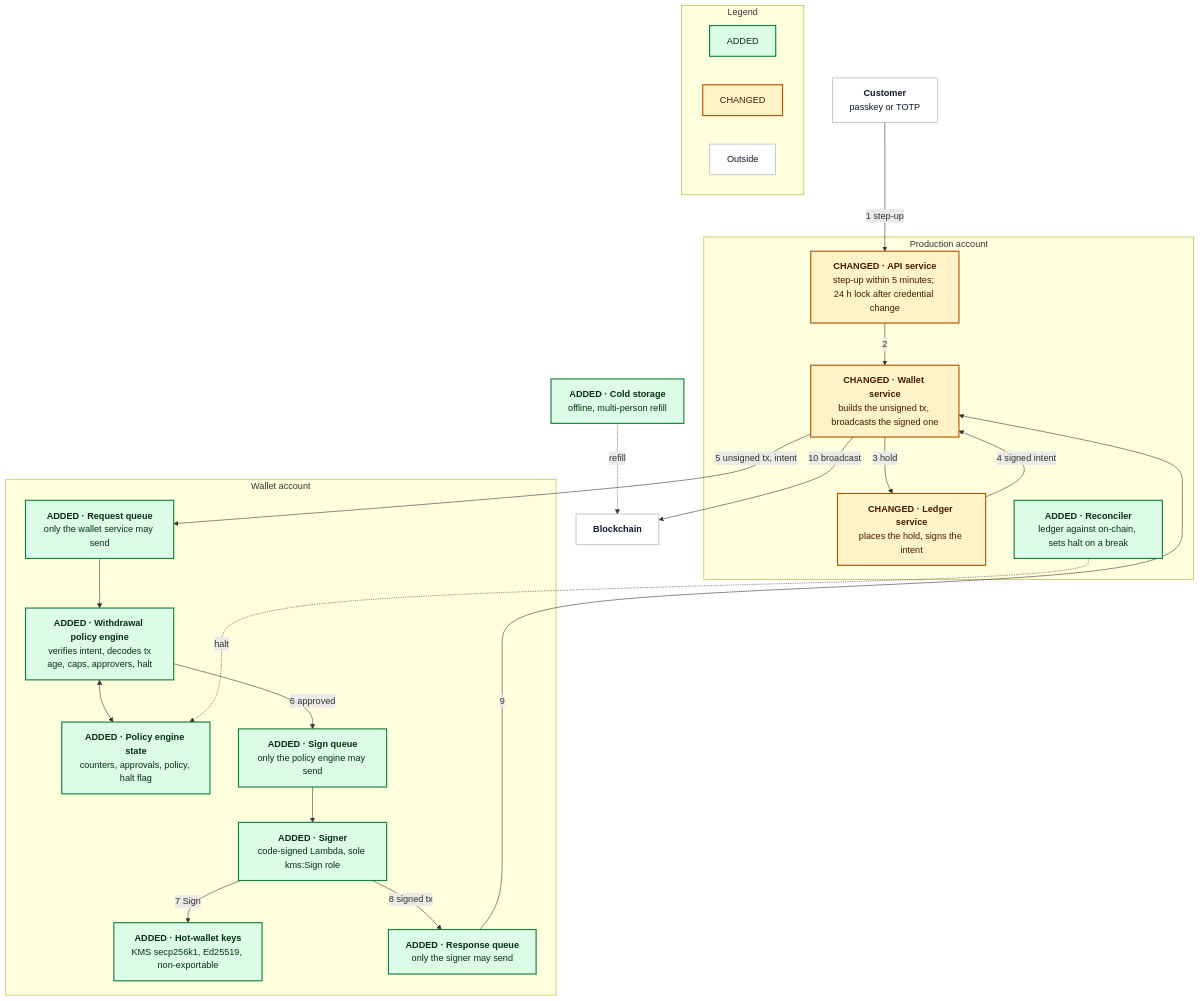
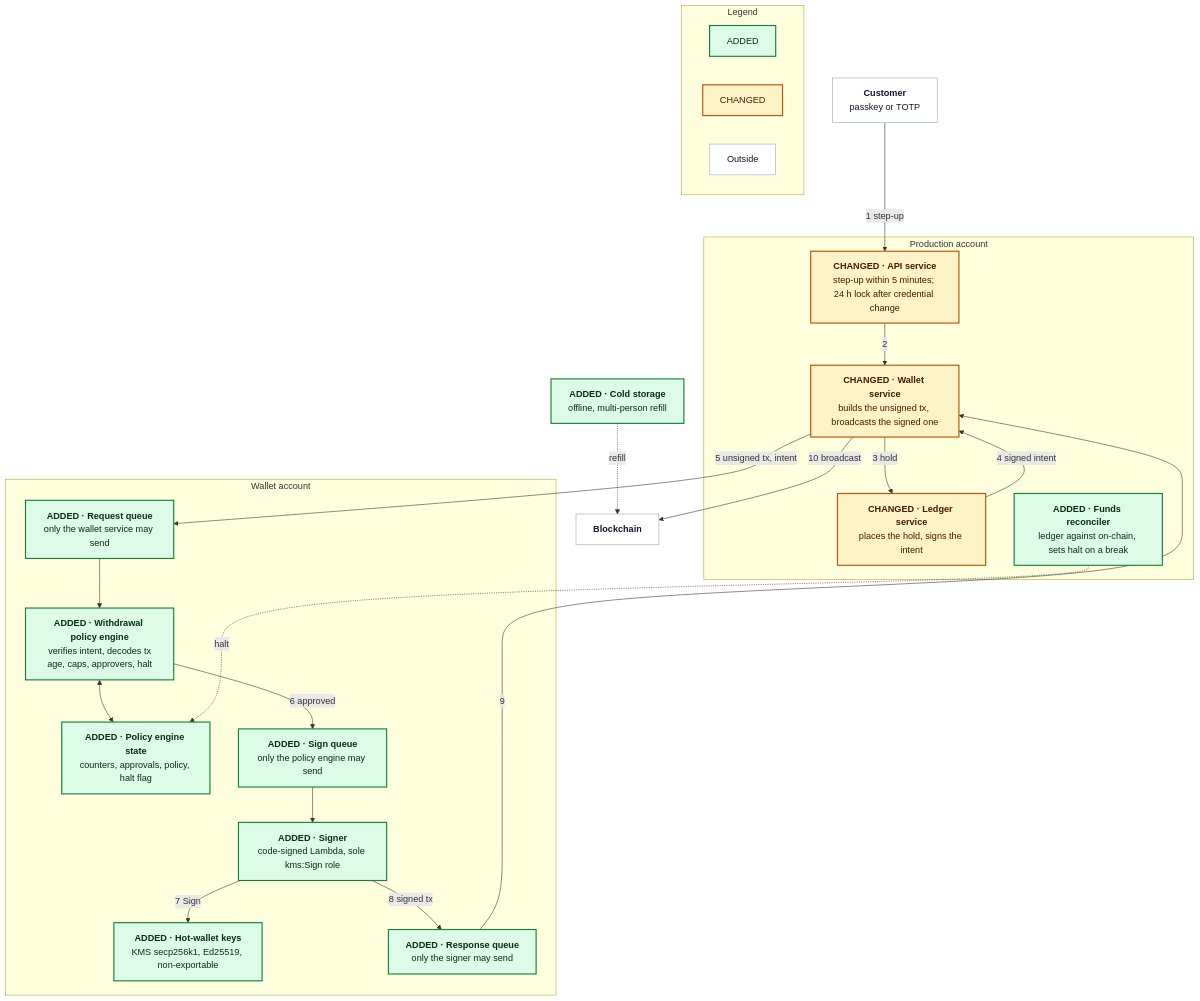
The second of 3 diagrams in src/problem5/SOLUTION.md (ndmquan-git/devops-challenge-ndmquan), drawn with Mermaid before and after one commit. The commit also changed other lines of this file and 23 other files, not shown here.

````diff
--- a/src/problem5/SOLUTION.md
+++ b/src/problem5/SOLUTION.md
@@ -231,65 +241,65 @@
 ```mermaid
 flowchart TB
   classDef added fill:#dcfce7,stroke:#15803d,stroke-width:2px,color:#052e16
   classDef changed fill:#fef3c7,stroke:#b45309,stroke-width:2px,color:#451a03
   classDef external fill:#ffffff,stroke:#94a3b8,color:#0f172a
 
   user["`**Customer**
 passkey or TOTP`"]:::external
 
   subgraph prod["Production account"]
     api["`**CHANGED · API service**
 step-up within 5 minutes; 24 h lock after credential change`"]:::changed
     wsvc["`**CHANGED · Wallet service**
 builds the unsigned tx, broadcasts the signed one`"]:::changed
     ledger["`**CHANGED · Ledger service**
 places the hold, signs the intent`"]:::changed
-    recon["`**ADDED · Reconciler**
+    recon["`**ADDED · Funds reconciler**
 ledger against on-chain, sets halt on a break`"]:::added
   end
 
   subgraph wacct["Wallet account"]
     q1["`**ADDED · Request queue**
 only the wallet service may send`"]:::added
     policy["`**ADDED · Withdrawal policy engine**
 verifies intent, decodes tx
 age, caps, approvers, halt`"]:::added
     pstate["`**ADDED · Policy engine state**
 counters, approvals, policy, halt flag`"]:::added
     q2["`**ADDED · Sign queue**
 only the policy engine may send`"]:::added
     signer["`**ADDED · Signer**
 code-signed Lambda, sole kms:Sign role`"]:::added
     keys["`**ADDED · Hot-wallet keys**
 KMS secp256k1, Ed25519, non-exportable`"]:::added
     q3["`**ADDED · Response queue**
 only the signer may send`"]:::added
   end
 
   chain["`**Blockchain**`"]:::external
   cold["`**ADDED · Cold storage**
 offline, multi-person refill`"]:::added
 
   user -->|1 step-up| api
   api -->|2| wsvc
   wsvc -->|3 hold| ledger
   ledger -->|4 signed intent| wsvc
   wsvc -->|5 unsigned tx, intent| q1
   q1 --> policy
   policy <--> pstate
   recon -.->|halt| pstate
   policy -->|6 approved| q2
   q2 --> signer
   signer -->|7 Sign| keys
   signer -->|8 signed tx| q3
   q3 -->|9| wsvc
   wsvc -->|10 broadcast| chain
   cold -.->|refill| chain
 
   subgraph legend["Legend"]
     direction LR
     LA["ADDED"]:::added
     LC["CHANGED"]:::changed
     LE["Outside"]:::external
   end
 ```
````
